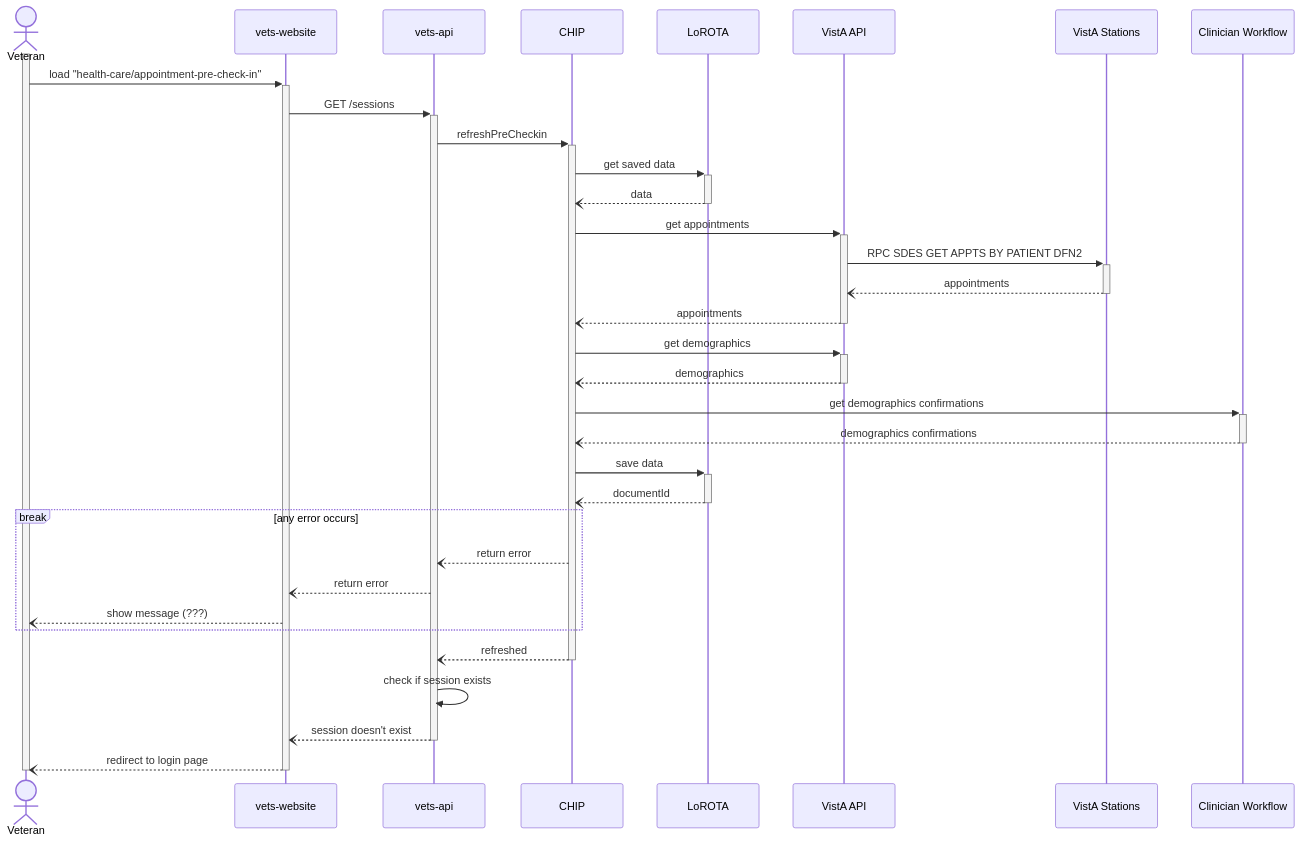
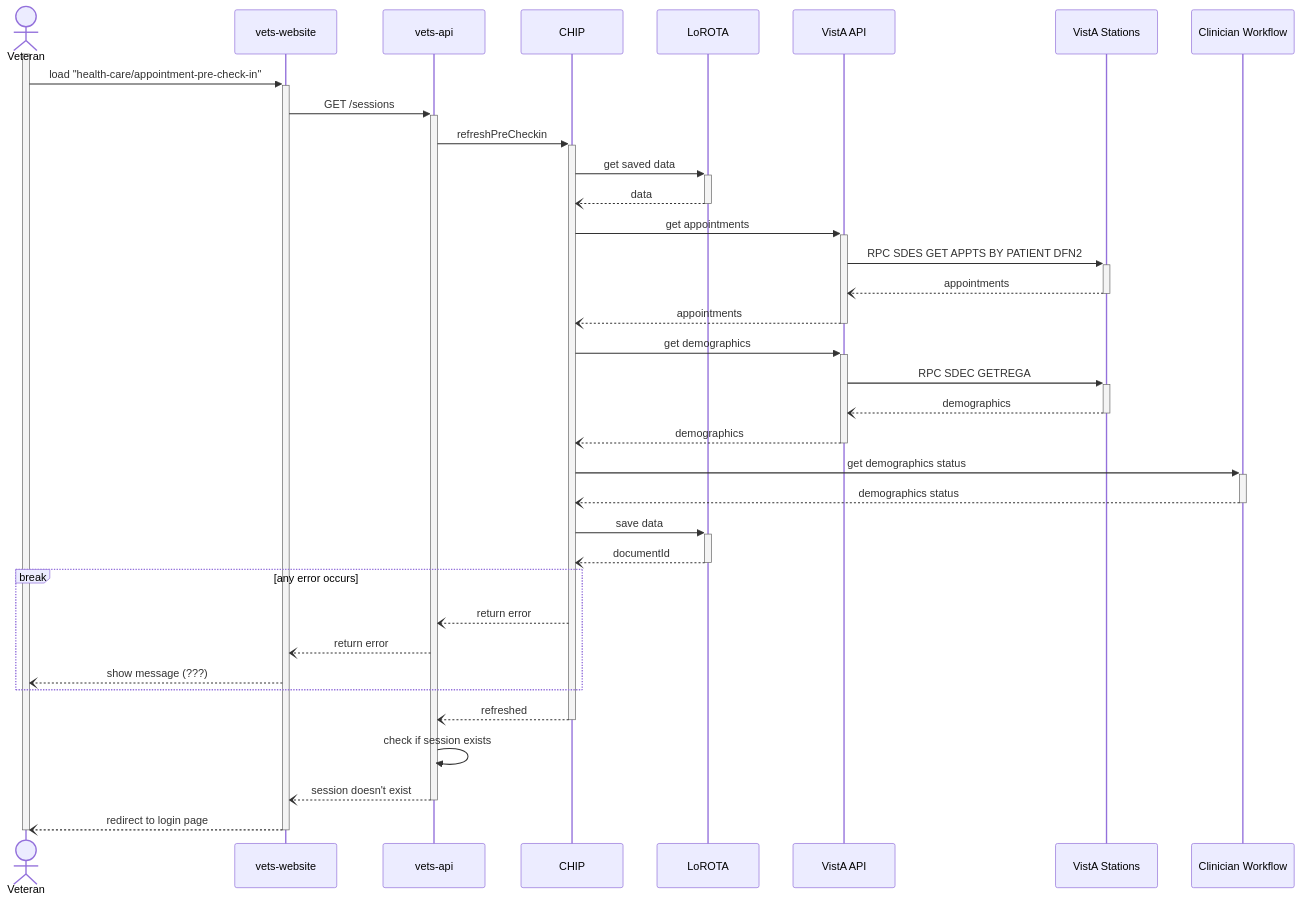
One commit to department-of-veterans-affairs/va.gov-team changed the third of 6 diagrams in products/health-care/checkin/engineering/architecture-diagrams/sequenceDiagram_preCheckInExp.md. Above: the diagram before and after it, drawn with Mermaid. The commit also changed other lines of this file, not shown here.

````diff
--- a/products/health-care/checkin/engineering/architecture-diagrams/sequenceDiagram_preCheckInExp.md
+++ b/products/health-care/checkin/engineering/architecture-diagrams/sequenceDiagram_preCheckInExp.md
@@ -86,45 +86,48 @@
 ```mermaid
 sequenceDiagram
   actor vet as Veteran
   participant web as vets-website
   participant api as vets-api
   participant c as CHIP
   participant l as LoROTA
   participant va as VistA API
   participant val as VistA Stations
   participant cw as Clinician Workflow
 
   activate vet
 
   vet->>+web: load "health-care/appointment-pre-check-in"
   web->>+api: GET /sessions
   api->>+c: refreshPreCheckin
 
   c->>+l: get saved data
   l--)-c: data
 
   c->>+va: get appointments
   va->>+val: RPC SDES GET APPTS BY PATIENT DFN2
   val--)-va: appointments
   va--)-c: appointments
 
   c->>+va: get demographics
+  va->>+val: RPC SDEC GETREGA
+  val--)-va: demographics
   va--)-c: demographics
-  c->>+cw: get demographics confirmations
-  cw--)-c: demographics confirmations
+
+  c->>+cw: get demographics status
+  cw--)-c: demographics status
 
   c->>+l: save data
   l--)-c: documentId
 
   break any error occurs
     c--)api: return error
     api--)web: return error
     web--)vet: show message (???)
   end
 
   c--)-api: refreshed
   api->>api: check if session exists
   api--)-web: session doesn't exist
   web--)-vet: redirect to login page
   deactivate vet
 ```
````
